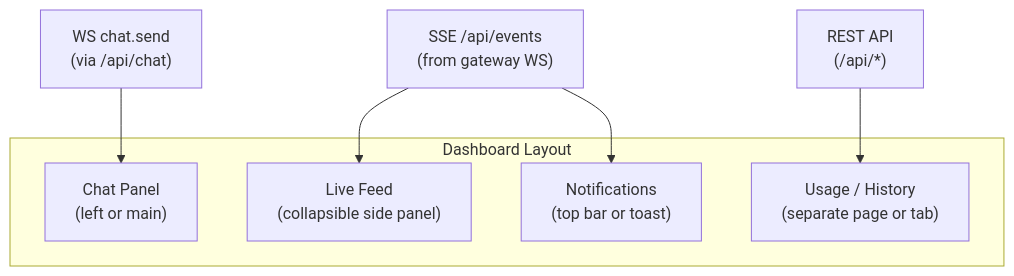
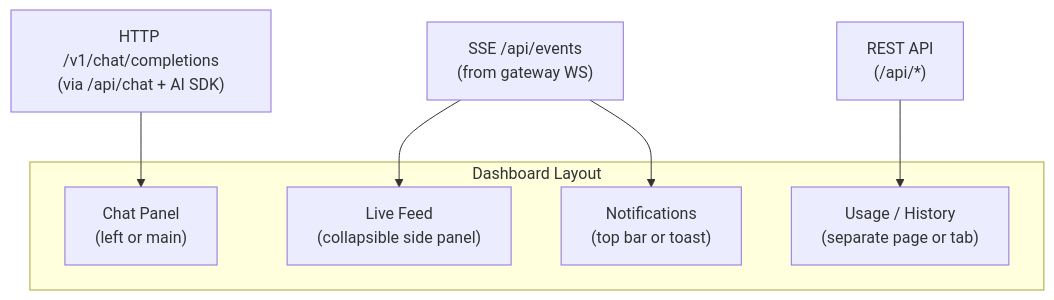
One commit to 1qh/claw changed the third of 4 diagrams in plan/04-frontend.md. Above: the diagram before and after it, drawn with Mermaid. The commit also changed 2 other files, not shown here.

Commit message:
Reviewer round 2: fix 3 remaining stale WS references
- capabilities.md: Elysia section still said "via WS chat.send"
- plan/04: mermaid diagram still had WS chat.send node
- plan/02: Stage 2.4 E2E diagram still used chat.send

Round 3: 0 findings — all docs consistent.

````diff
--- a/plan/04-frontend.md
+++ b/plan/04-frontend.md
@@ -130,13 +130,13 @@
 ```mermaid
 graph TB
     subgraph "Dashboard Layout"
         CHAT["Chat Panel\n(left or main)"]
         FEED["Live Feed\n(collapsible side panel)"]
         NOTIF["Notifications\n(top bar or toast)"]
         USAGE["Usage / History\n(separate page or tab)"]
     end
 
-    WS["WS chat.send\n(via /api/chat)"] --> CHAT
+    HTTP["HTTP /v1/chat/completions\n(via /api/chat + AI SDK)"] --> CHAT
     SSE["SSE /api/events\n(from gateway WS)"] --> FEED & NOTIF
     API["REST API\n(/api/*)"] --> USAGE
 ```
````
